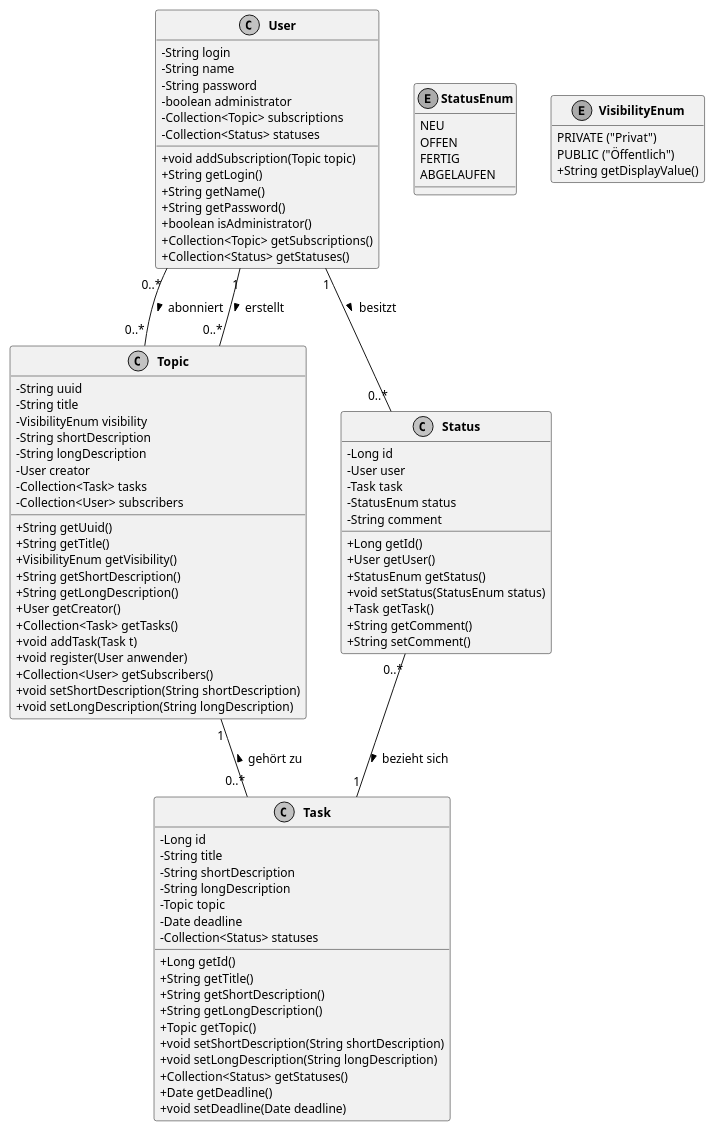
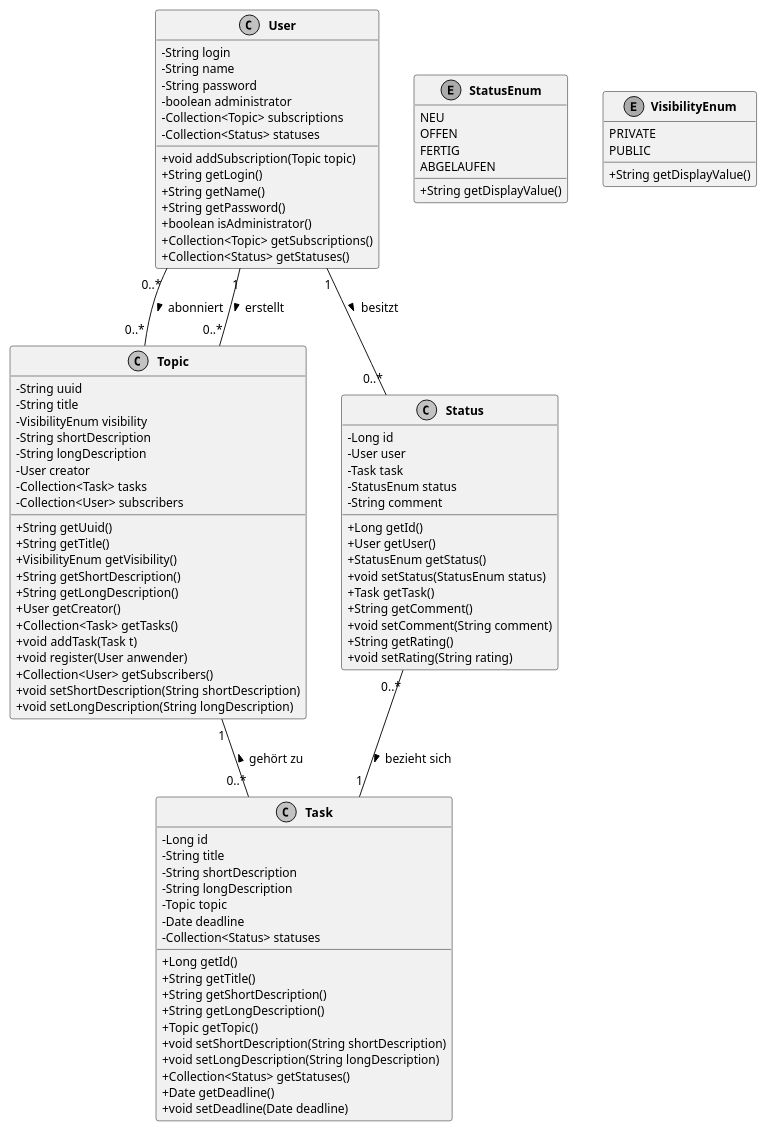
One commit to SimonHirner/agenda20 changed the diagram in doku/Datenmodell.plantuml. Above: the diagram before and after it, drawn with PlantUML. The commit also changed 12 other files, not shown here.

```diff
--- a/doku/Datenmodell.plantuml
+++ b/doku/Datenmodell.plantuml
@@ -1,107 +1,110 @@
 @startuml
 
 ' Layout
 skinparam classAttributeIconSize 0
 skinparam monochrome true
 skinparam shadowing false
 skinparam DefaultFontName arial
 skinparam DefaultFontSize 12
 skinparam ClassFontStyle bold
 hide empty fields
 
 ' Assoziationen
 User "0..*" -- "0..*" Topic : > abonniert
 User "1" -- "0..*" Topic : > erstellt
 User "1" -- "0..*" Status : > besitzt
 Topic "1" -- "0..*" Task : < gehört zu
 Status "0..*" -- "1" Task : > bezieht sich
 
 ' Klassen
 class Status [[java:edu.hm.cs.katz.swt2.agenda.persistence.Status]] {
 	-Long id
 	-User user
 	-Task task
 	-StatusEnum status
 	-String comment
 	+Long getId()
 	+User getUser()
 	+StatusEnum getStatus()
 	+void setStatus(StatusEnum status)
 	+Task getTask()
 	+String getComment()
-	+String setComment()
+	+void setComment(String comment)
+	+String getRating()
+	+void setRating(String rating)
 }
 
 class Task [[java:edu.hm.cs.katz.swt2.agenda.persistence.Task]] {
 	-Long id
 	-String title
 	-String shortDescription
 	-String longDescription
 	-Topic topic
 	-Date deadline
 	-Collection<Status> statuses
 	+Long getId()
 	+String getTitle()
 	+String getShortDescription()
 	+String getLongDescription()
 	+Topic getTopic()
 	+void setShortDescription(String shortDescription)
 	+void setLongDescription(String longDescription)
 	+Collection<Status> getStatuses()
 	+Date getDeadline()
 	+void setDeadline(Date deadline)
 }
 
 class User [[java:edu.hm.cs.katz.swt2.agenda.persistence.User]] {
 	-String login
 	-String name
 	-String password
 	-boolean administrator
 	-Collection<Topic> subscriptions
 	-Collection<Status> statuses
 	+void addSubscription(Topic topic)
 	+String getLogin()
 	+String getName()
 	+String getPassword()
 	+boolean isAdministrator()
 	+Collection<Topic> getSubscriptions()
 	+Collection<Status> getStatuses()
 }
 
 class Topic [[java:edu.hm.cs.katz.swt2.agenda.persistence.Topic]] {
 	-String uuid
 	-String title
 	-VisibilityEnum visibility
 	-String shortDescription
 	-String longDescription
 	-User creator
 	-Collection<Task> tasks
 	-Collection<User> subscribers
 	+String getUuid()
 	+String getTitle()
 	+VisibilityEnum getVisibility()
 	+String getShortDescription()
 	+String getLongDescription()
 	+User getCreator()
 	+Collection<Task> getTasks()
 	+void addTask(Task t)
 	+void register(User anwender)
 	+Collection<User> getSubscribers()
 	+void setShortDescription(String shortDescription)
 	+void setLongDescription(String longDescription)
 }
 
 enum StatusEnum [[java:edu.hm.cs.katz.swt2.agenda.common.StatusEnum]] {
  	NEU
  	OFFEN
  	FERTIG
  	ABGELAUFEN
+ 	+String getDisplayValue()
  }
 
 enum VisibilityEnum [[java:edu.hm.cs.katz.swt2.agenda.common.VisibilityEnum]] {
-    PRIVATE ("Privat")
-    PUBLIC ("Öffentlich")
+    PRIVATE
+    PUBLIC
     +String getDisplayValue()
  }
 
 @enduml
```
